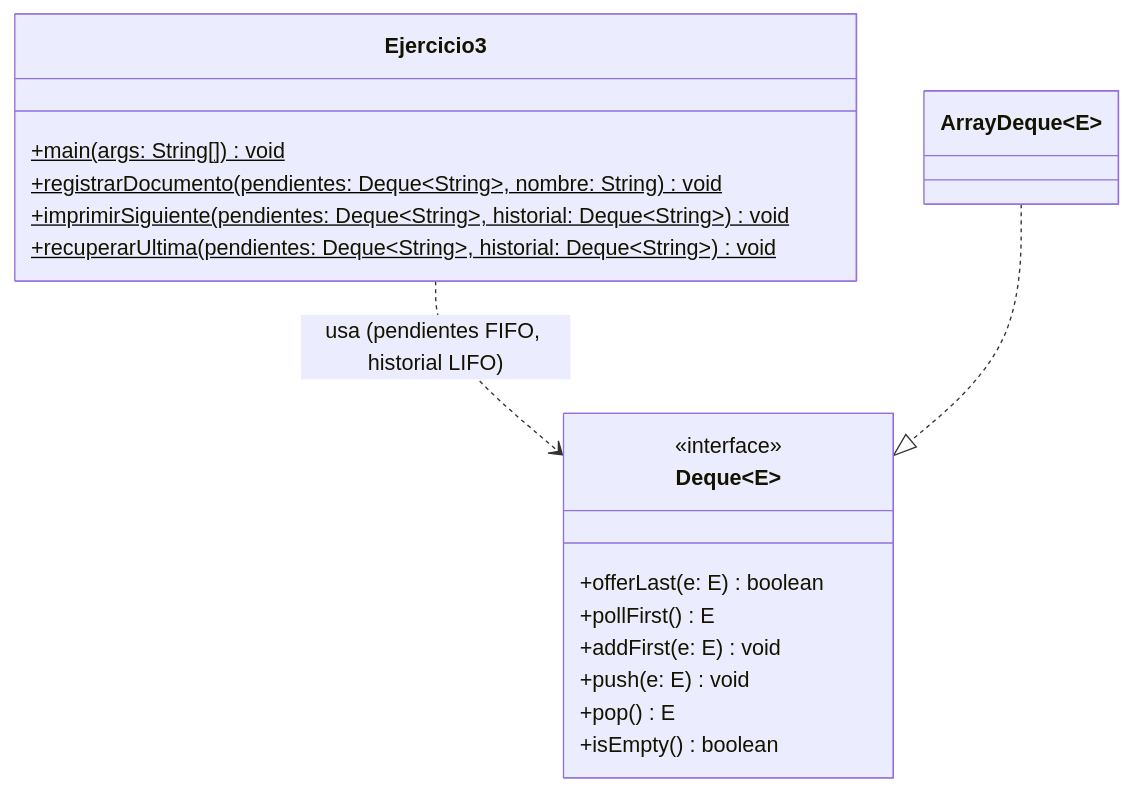
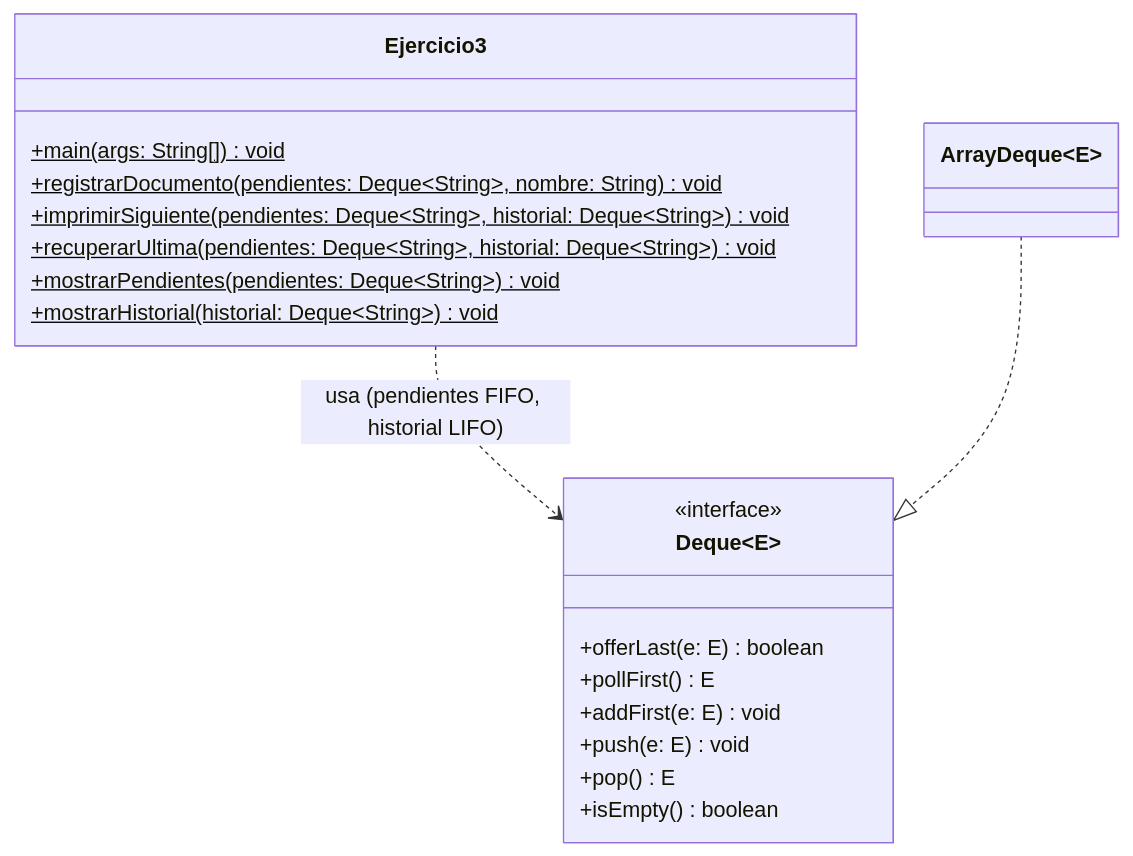
The diagram in README.md (llamucaandres161-prog/TDA-GestorDeImpresiones), drawn with Mermaid before and after one commit. The commit also changed other lines of this file, not shown here.

````diff
--- a/README.md
+++ b/README.md
@@ -48,21 +69,23 @@
 ```mermaid
 classDiagram
     class Ejercicio3 {
         +main(args: String[]) void$
         +registrarDocumento(pendientes: Deque~String~, nombre: String) void$
         +imprimirSiguiente(pendientes: Deque~String~, historial: Deque~String~) void$
         +recuperarUltima(pendientes: Deque~String~, historial: Deque~String~) void$
+        +mostrarPendientes(pendientes: Deque~String~) void$
+        +mostrarHistorial(historial: Deque~String~) void$
     }
     class Deque~E~ {
         <<interface>>
         +offerLast(e: E) boolean
         +pollFirst() E
         +addFirst(e: E) void
         +push(e: E) void
         +pop() E
         +isEmpty() boolean
     }
     class ArrayDeque~E~
     Ejercicio3 ..> Deque : usa (pendientes FIFO, historial LIFO)
     ArrayDeque ..|> Deque
 ```
````
